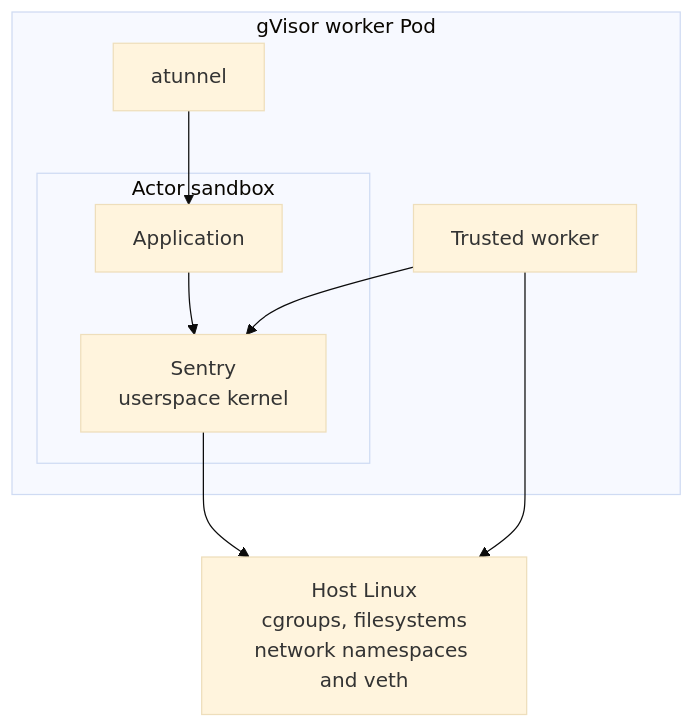
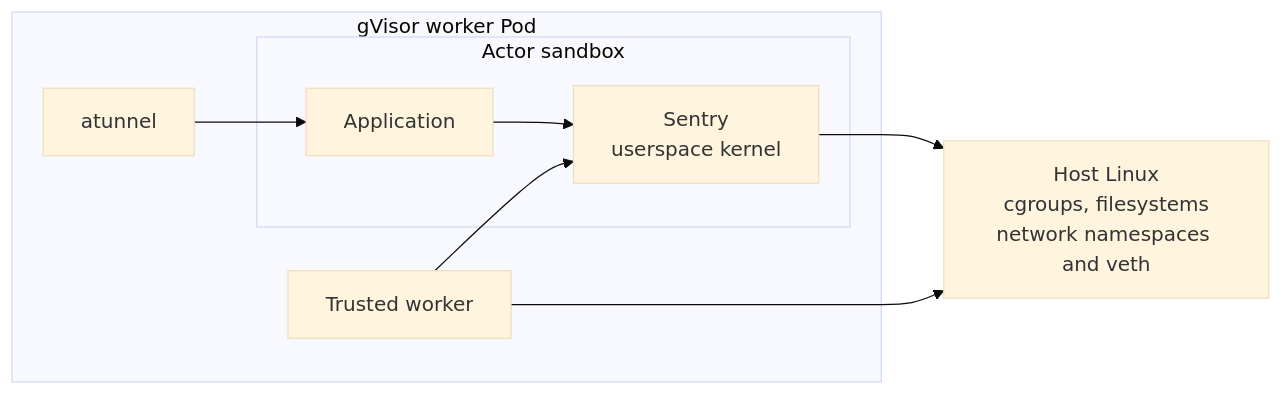
The third of 5 diagrams in book/chapters/01-architecture.md (aroradaman/substrate), drawn with Mermaid (base theme) before and after one commit. The commit also changed other lines of this file and 241 other files, not shown here.

````diff
--- a/book/chapters/01-architecture.md
+++ b/book/chapters/01-architecture.md
@@ -108,16 +108,16 @@
 ```mermaid
-flowchart TB
+flowchart LR
     subgraph Pod[gVisor worker Pod]
         W[Trusted worker]
         T[atunnel]
         subgraph Sandbox[Actor sandbox]
             A[Application]
             S[Sentry<br/>userspace kernel]
             A --> S
         end
         W --> S
         T --> A
     end
     S --> Host[Host Linux<br/>cgroups, filesystems<br/>network namespaces and veth]
     W --> Host
 ```
````
